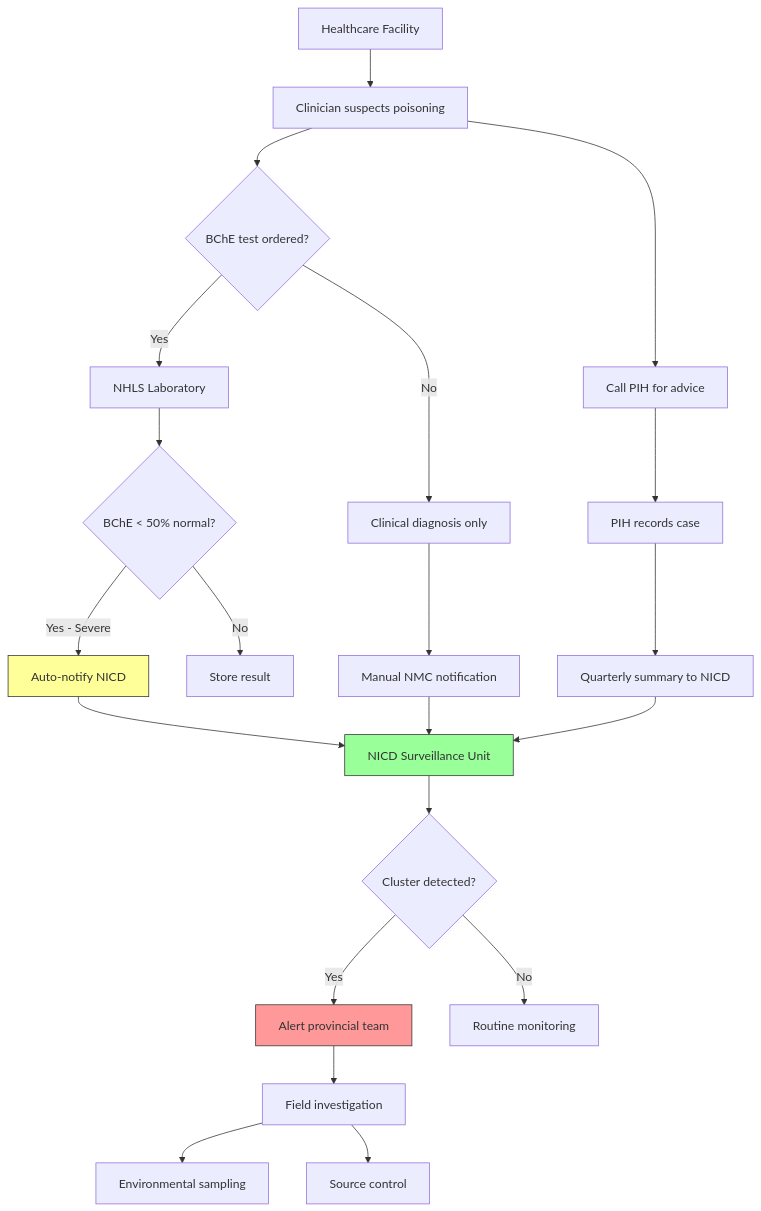
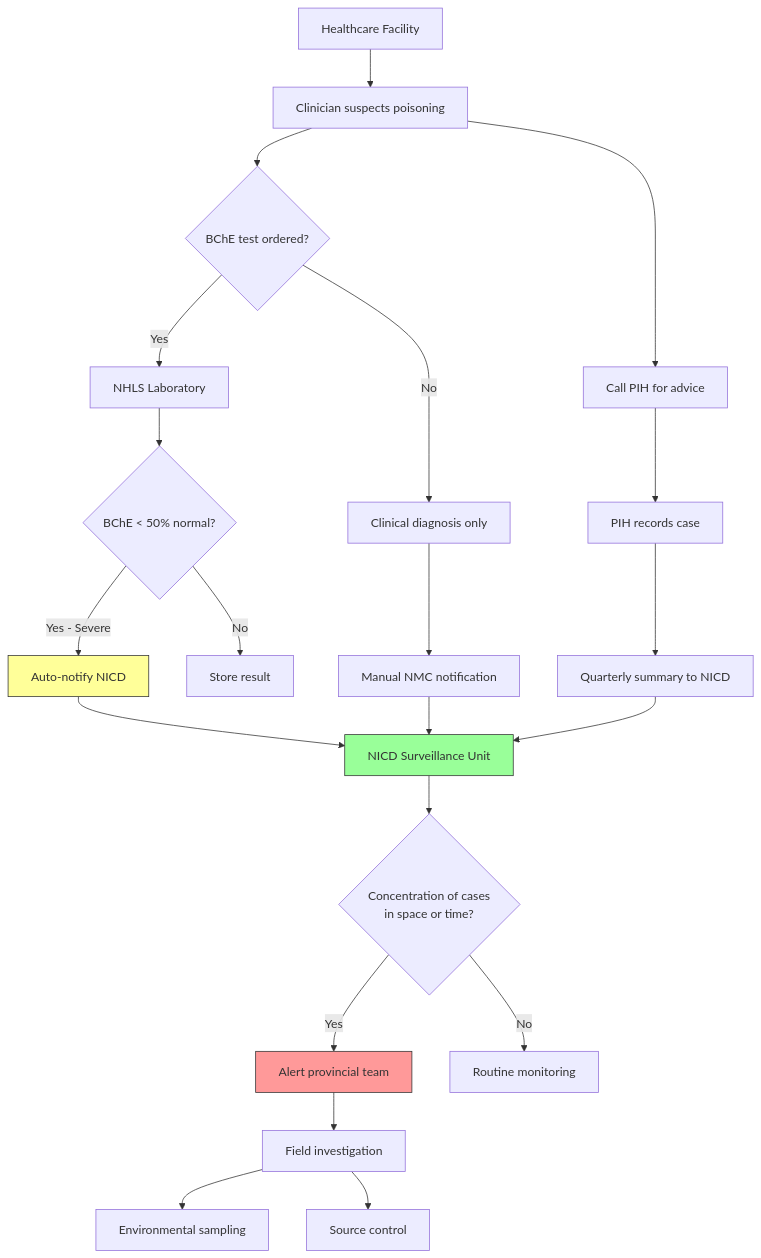
One commit to bridaybrummer/D2P_project changed the second of 2 diagrams in posts/surveillance_concept_note.qmd. Above: the diagram before and after it, drawn with Mermaid. The commit also changed other lines of this file and 17 other files, not shown here.

````diff
--- a/posts/surveillance_concept_note.qmd
+++ b/posts/surveillance_concept_note.qmd
@@ -106,35 +106,35 @@
 ```{mermaid}
 %%| label: fig-proposed-system
 %%| fig-cap: "Proposed integrated surveillance architecture"
 flowchart TB
     A[Healthcare Facility] --> B[Clinician suspects poisoning]
     B --> C{BChE test ordered?}
     C -->|Yes| D[NHLS Laboratory]
     C -->|No| E[Clinical diagnosis only]
     
     D --> F{BChE < 50% normal?}
     F -->|Yes - Severe| G[Auto-notify NICD]
     F -->|No| H[Store result]
     
     E --> I[Manual NMC notification]
     
     G --> J[NICD Surveillance Unit]
     I --> J
     
     B --> K[Call PIH for advice]
     K --> L[PIH records case]
     L --> M[Quarterly summary to NICD]
     M --> J
     
-    J --> N{Cluster detected?}
+    J --> N{Concentration of cases<br/>in space or time?}
     N -->|Yes| O[Alert provincial team]
     N -->|No| P[Routine monitoring]
     
     O --> Q[Field investigation]
     Q --> R[Environmental sampling]
     Q --> S[Source control]
     
     style G fill:#ff9,stroke:#333
     style J fill:#9f9,stroke:#333
     style O fill:#f99,stroke:#333
 ```
````
